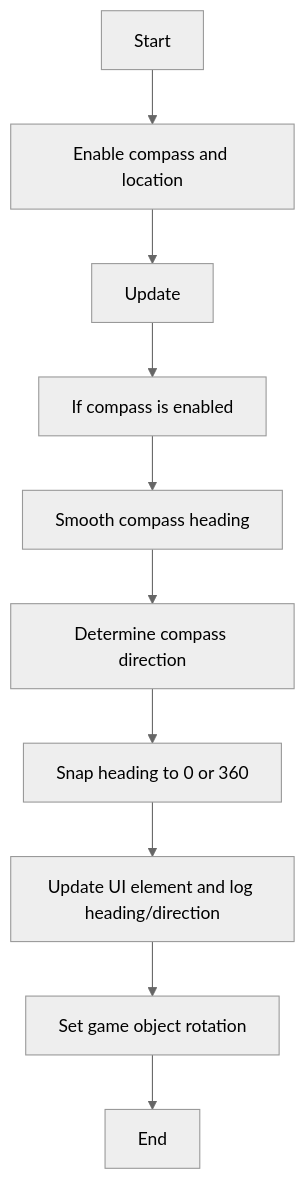
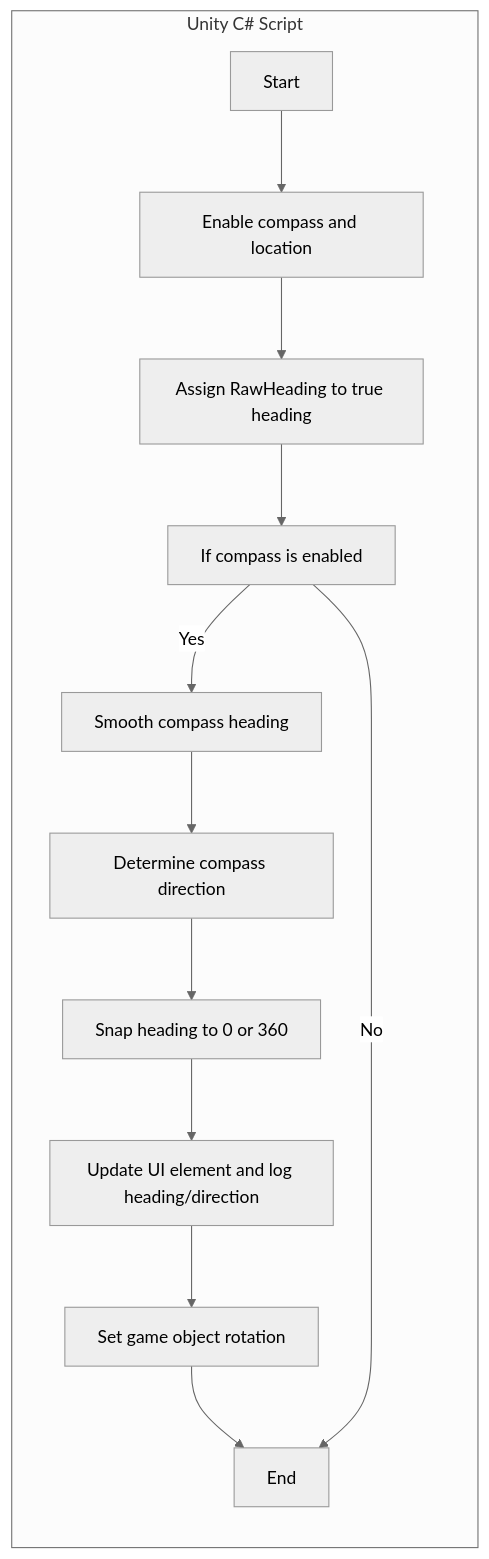
The second of 2 diagrams in README.md (Bjornraaf/Team-1-Repository), drawn with Mermaid (neutral theme) before and after one commit.

````diff
--- a/README.md
+++ b/README.md
@@ -42,12 +42,26 @@
 ```mermaid
-graph TD;
-    A[Start] --> B[Enable compass and location];
-    B --> C[Assign RawHeading to true heading];
-    C[Update] --> D[If compass is enabled];
-    D --> E[Smooth compass heading];
-    E --> F[Determine compass direction];
-    F --> G[Snap heading to 0 or 360];
-    G --> H[Update UI element and log heading/direction];
-    H --> I[Set game object rotation];
-    I --> J[End];
+flowchart LR;
+    subgraph Unity C# Script
+        Start[Start]
+        Enable[Enable compass and location]
+        RawHeading[Assign RawHeading to true heading]
+        ifEnabled[If compass is enabled]
+        Smooth[Smooth compass heading]
+        Determine[Determine compass direction]
+        Snap[Snap heading to 0 or 360]
+        Update[Update UI element and log heading/direction]
+        Rotation[Set game object rotation]
+        End[End]
+
+        Start --> Enable
+        Enable --> RawHeading
+        RawHeading --> ifEnabled
+        ifEnabled -- Yes --> Smooth
+        Smooth --> Determine
+        Determine --> Snap
+        Snap --> Update
+        Update --> Rotation
+        Rotation --> End
+        ifEnabled -- No --> End
+    end
 ```
````
